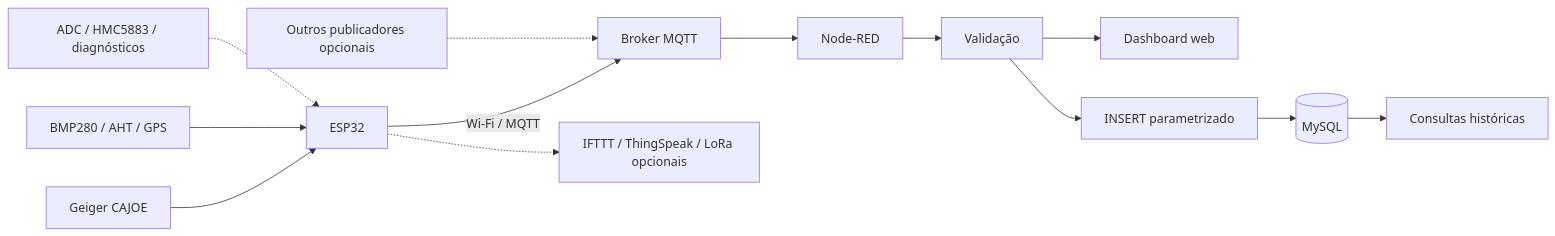
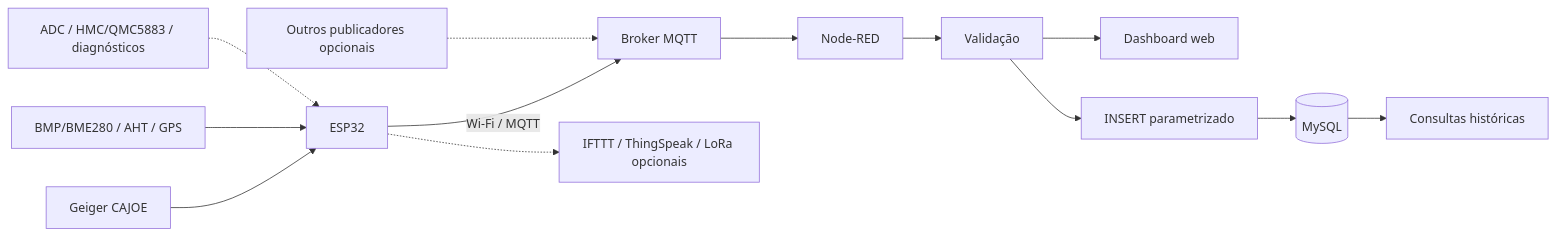
One commit to joaofrantunes/esp32radandsensors changed the diagram in README.md. Above: the diagram before and after it, drawn with Mermaid. The commit also changed other lines of this file and 14 other files, not shown here.

````diff
--- a/README.md
+++ b/README.md
@@ -9,15 +9,15 @@
 ```mermaid
 flowchart LR
     G["Geiger CAJOE"] --> E["ESP32"]
-    B["BMP280 / AHT / GPS"] --> E
-    X["ADC / HMC5883 / diagnósticos"] -.-> E
+    B["BMP/BME280 / AHT / GPS"] --> E
+    X["ADC / HMC/QMC5883 / diagnósticos"] -.-> E
     E -->|"Wi-Fi / MQTT"| M["Broker MQTT"]
     S["Outros publicadores opcionais"] -.-> M
     M --> N["Node-RED"]
     N --> V["Validação"]
     V --> D["Dashboard web"]
     V --> Q["INSERT parametrizado"]
     Q --> DB[("MySQL")]
     DB --> H["Consultas históricas"]
     E -.-> C["IFTTT / ThingSpeak / LoRa opcionais"]
 ```
````
